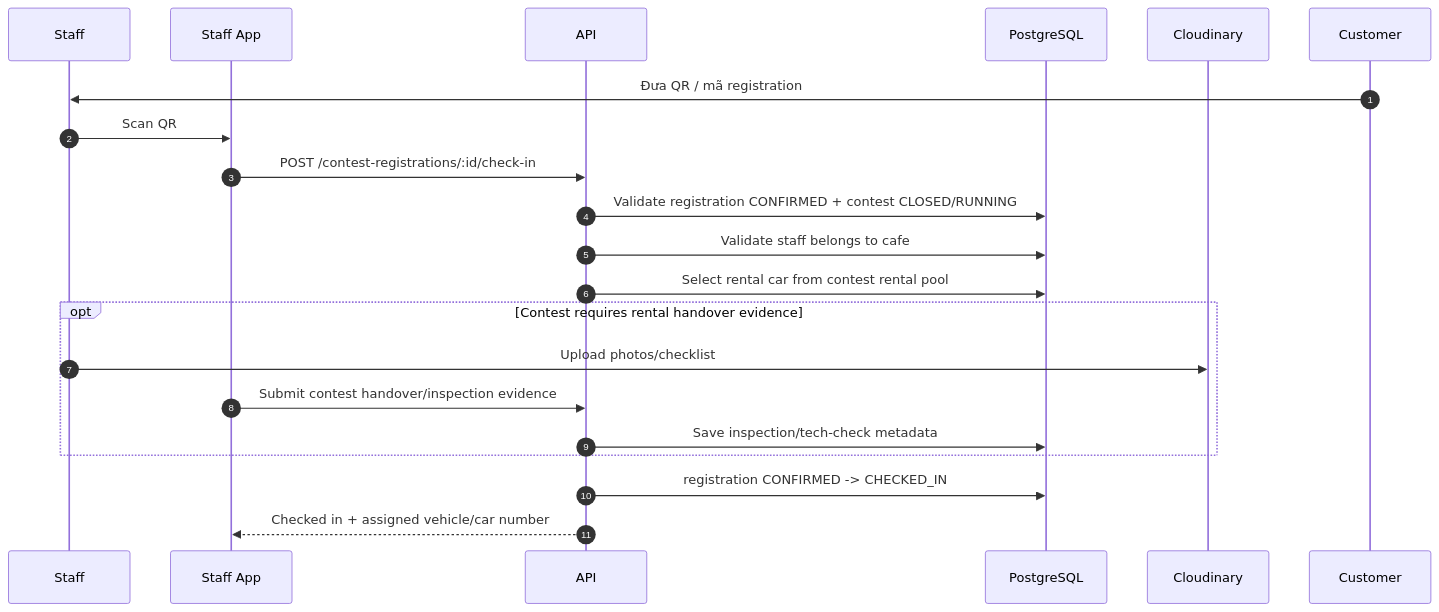
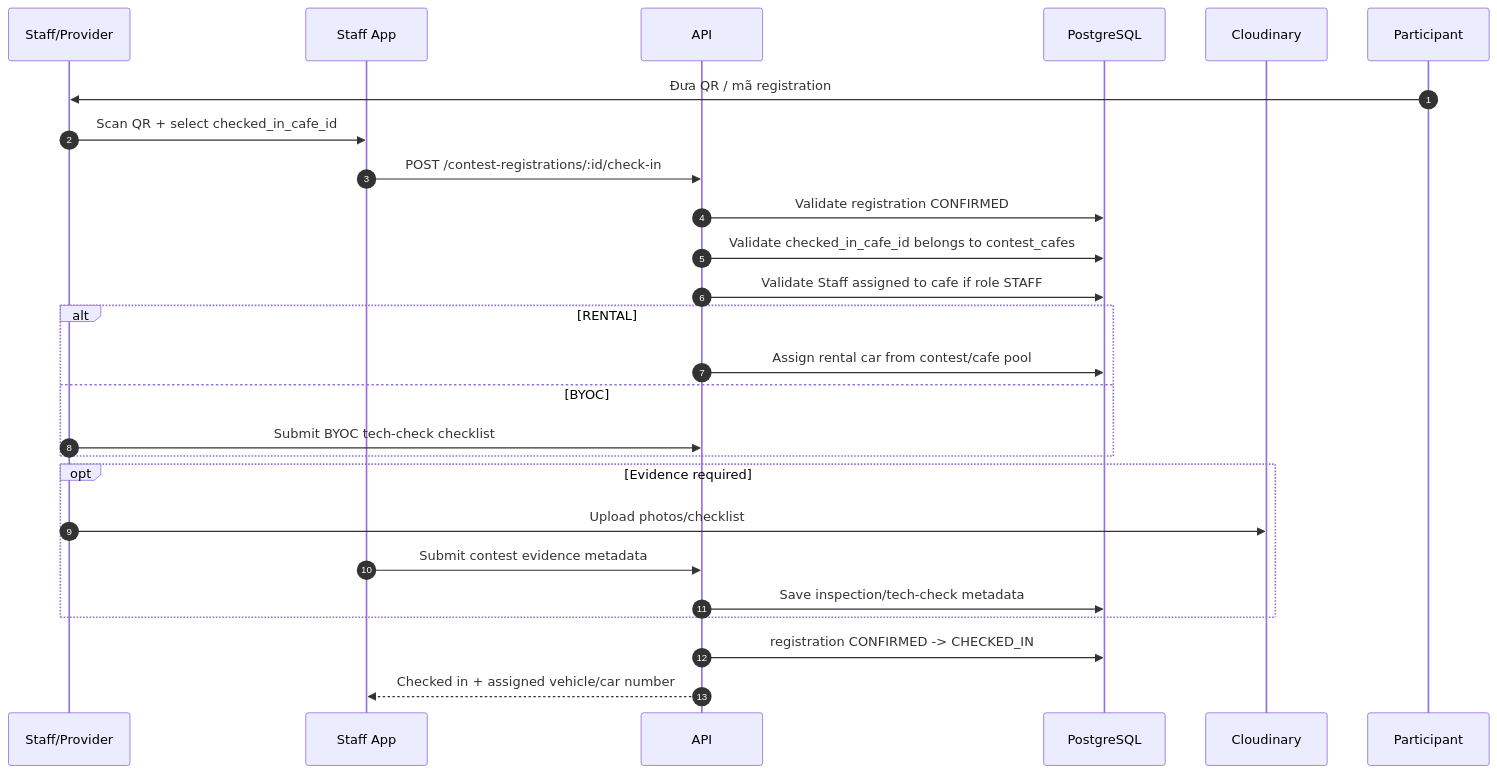
Before and after one commit to RCField-SEP490/rcfield-spec: the seventh of 11 diagrams in docs/diagrams/sequence/sequence-flow-contest-lifecycle.md, drawn with Mermaid. The commit also changed other lines of this file and 6 other files, not shown here.

Commit message:
docs: update contest multi-branch flow

````diff
--- a/docs/diagrams/sequence/sequence-flow-contest-lifecycle.md
+++ b/docs/diagrams/sequence/sequence-flow-contest-lifecycle.md
@@ -199,24 +224,29 @@
 ```mermaid
 sequenceDiagram
     autonumber
-    participant S as Staff
+    participant S as Staff/Provider
     participant W as Staff App
     participant API as API
     participant DB as PostgreSQL
     participant Store as Cloudinary
-    participant C as Customer
+    participant C as Participant
 
     C->>S: Đưa QR / mã registration
-    S->>W: Scan QR
+    S->>W: Scan QR + select checked_in_cafe_id
     W->>API: POST /contest-registrations/:id/check-in
-    API->>DB: Validate registration CONFIRMED + contest CLOSED/RUNNING
-    API->>DB: Validate staff belongs to cafe
-    API->>DB: Select rental car from contest rental pool
-    opt Contest requires rental handover evidence
+    API->>DB: Validate registration CONFIRMED
+    API->>DB: Validate checked_in_cafe_id belongs to contest_cafes
+    API->>DB: Validate Staff assigned to cafe if role STAFF
+    alt RENTAL
+        API->>DB: Assign rental car from contest/cafe pool
+    else BYOC
+        S->>API: Submit BYOC tech-check checklist
+    end
+    opt Evidence required
         S->>Store: Upload photos/checklist
-        W->>API: Submit contest handover/inspection evidence
+        W->>API: Submit contest evidence metadata
         API->>DB: Save inspection/tech-check metadata
     end
     API->>DB: registration CONFIRMED -> CHECKED_IN
     API-->>W: Checked in + assigned vehicle/car number
 ```
````
